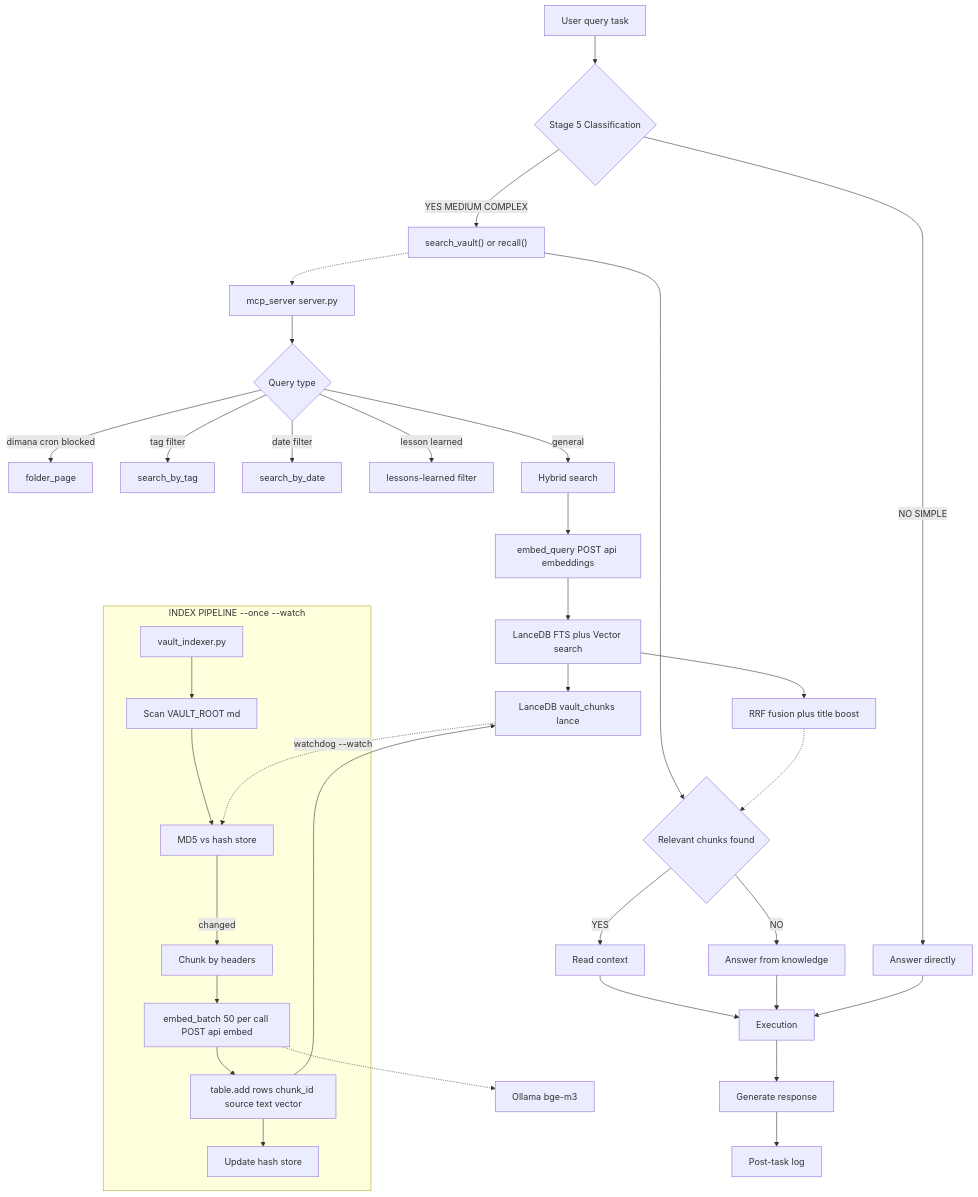
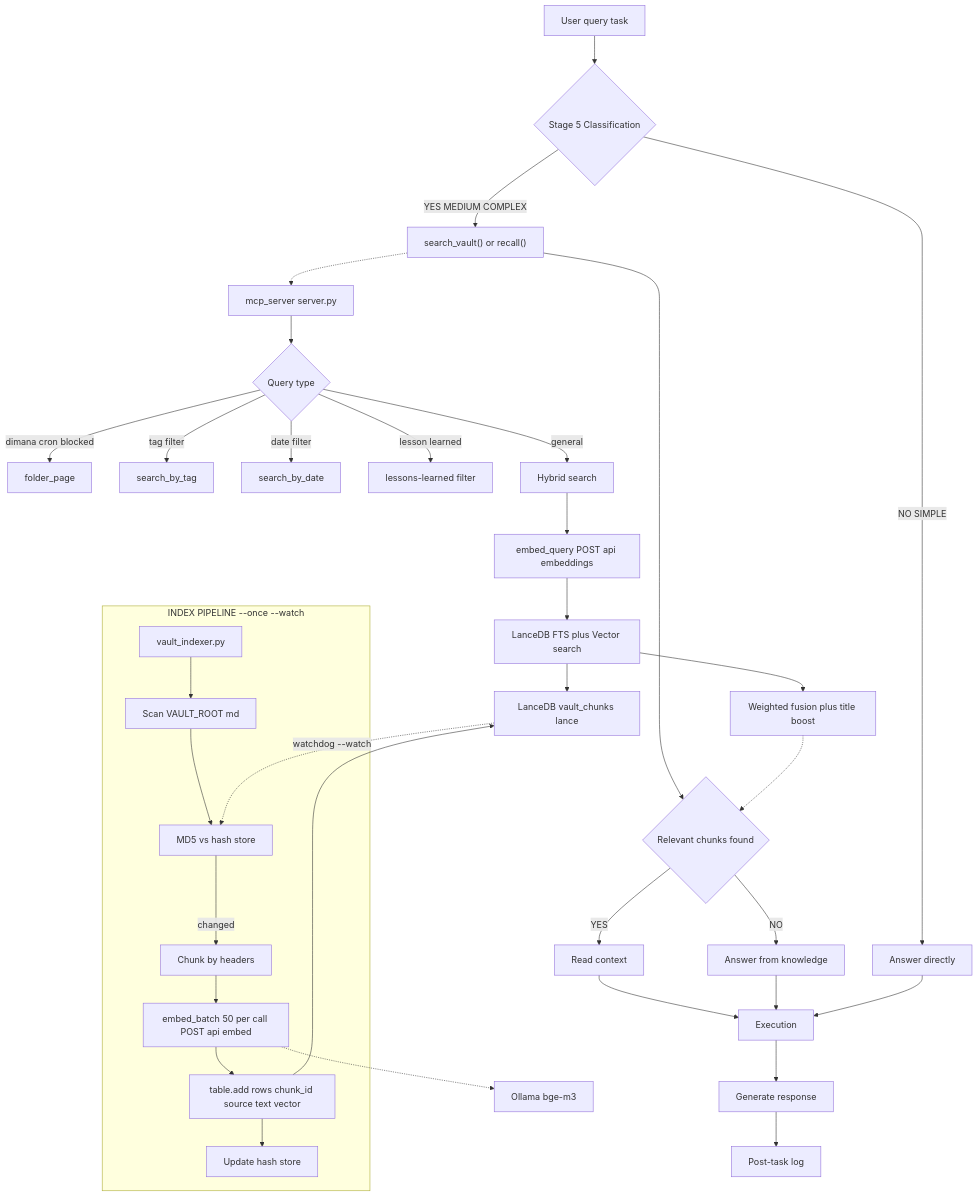
One commit to brodewa369/roowet-semantic-vault-search changed the second of 2 diagrams in README.md. Above: the diagram before and after it, drawn with Mermaid. The commit also changed other lines of this file, not shown here.

````diff
--- a/README.md
+++ b/README.md
@@ -140,42 +142,42 @@
 ```mermaid
 flowchart TD
     S1["User query task"] --> S5{"Stage 5 Classification"}
     S5 -->|NO SIMPLE| S5a["Answer directly"]
     S5 -->|YES MEDIUM COMPLEX| S5b["search_vault() or recall()"]
 
     S5b --> S5c{"Relevant chunks found"}
     S5c -->|YES| S5d["Read context"]
     S5c -->|NO| S5e["Answer from knowledge"]
     S5d --> S6["Execution"]
     S5e --> S6
     S5a --> S6
     S6 --> S7["Generate response"]
     S7 --> S8["Post-task log"]
 
     S5b -.-> Q1["mcp_server server.py"]
     Q1 --> Q1a{"Query type"}
     Q1a -->|"dimana cron blocked"| Q1b["folder_page"]
     Q1a -->|"tag filter"| Q1c["search_by_tag"]
     Q1a -->|"date filter"| Q1d["search_by_date"]
     Q1a -->|"lesson learned"| Q1e["lessons-learned filter"]
     Q1a -->|"general"| Q1f["Hybrid search"]
 
     Q1f --> Q2["embed_query POST api embeddings"]
     Q2 --> Q3["LanceDB FTS plus Vector search"]
-    Q3 --> Q4["RRF fusion plus title boost"]
+    Q3 --> Q4["Weighted fusion plus title boost"]
     Q4 -.-> S5c
 
     subgraph IDX["INDEX PIPELINE --once --watch"]
         I1["vault_indexer.py"] --> I2["Scan VAULT_ROOT md"]
         I2 --> I3["MD5 vs hash store"]
         I3 -->|changed| I4["Chunk by headers"]
         I4 --> I5["embed_batch 50 per call POST api embed"]
         I5 --> I6["table.add rows chunk_id source text vector"]
         I6 --> I7["Update hash store"]
     end
 
     I5 -.-> OLLAMA["Ollama bge-m3"]
     I6 --> LANCE["LanceDB vault_chunks lance"]
     Q3 --> LANCE
     LANCE -.->|"watchdog --watch"| I3
 ```
````
